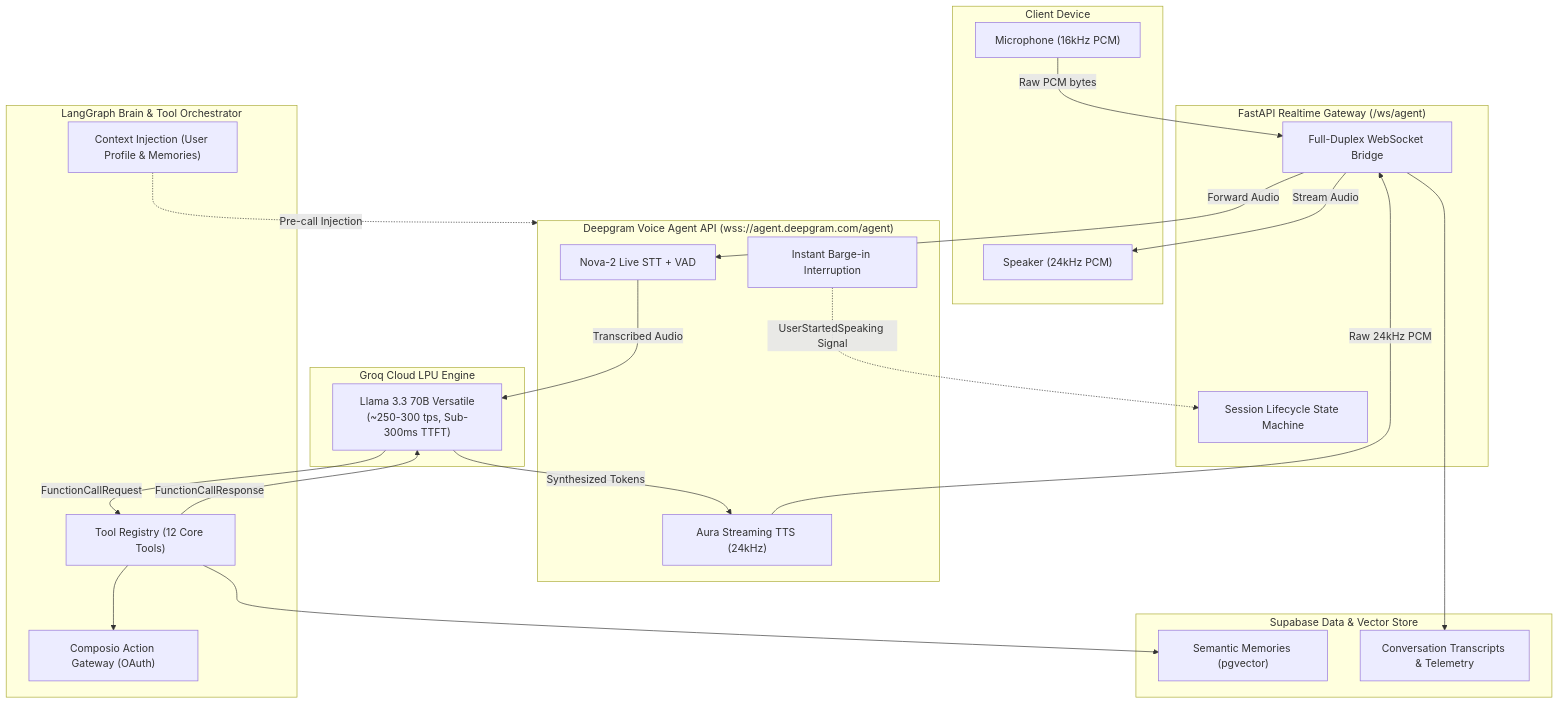
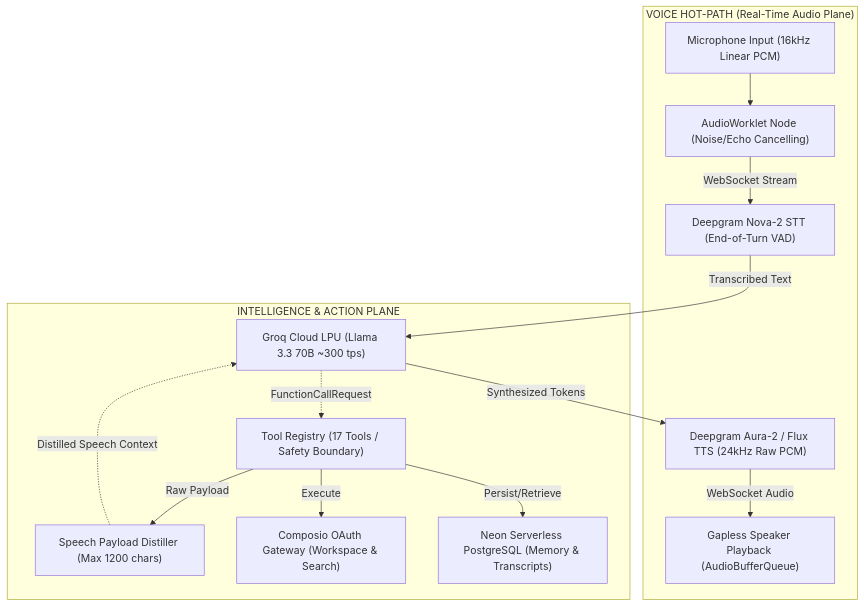
Before and after one commit to Courage-7/Voice-Agent: the first of 2 diagrams in README.md, drawn with Mermaid. The commit also changed other lines of this file and 36 other files, not shown here.

First line of the commit message:
test(core): add end-to-end and unit tests for auth, voice, and connectors

````diff
--- a/README.md
+++ b/README.md
@@ -18,49 +83,30 @@
 ```mermaid
-graph TD
-    subgraph Client ["Client Device"]
-        Mic["Microphone (16kHz PCM)"]
-        Speaker["Speaker (24kHz PCM)"]
+flowchart TB
+    subgraph HotPath ["VOICE HOT-PATH (Real-Time Audio Plane)"]
+        Mic["Microphone Input (16kHz Linear PCM)"]
+        AudioWorklet["AudioWorklet Node (Noise/Echo Cancelling)"]
+        DG_STT["Deepgram Nova-2 STT (End-of-Turn VAD)"]
+        DG_TTS["Deepgram Aura-2 / Flux TTS (24kHz Raw PCM)"]
+        Speaker["Gapless Speaker Playback (AudioBufferQueue)"]
     end
 
-    subgraph Gateway ["FastAPI Realtime Gateway (/ws/agent)"]
-        WS["Full-Duplex WebSocket Bridge"]
-        State["Session Lifecycle State Machine"]
+    subgraph ReasoningPlane ["INTELLIGENCE & ACTION PLANE"]
+        Groq["Groq Cloud LPU (Llama 3.3 70B ~300 tps)"]
+        Distiller["Speech Payload Distiller (Max 1200 chars)"]
+        Registry["Tool Registry (17 Tools / Safety Boundary)"]
+        Composio["Composio OAuth Gateway (Workspace & Search)"]
+        Neon["Neon Serverless PostgreSQL (Memory & Transcripts)"]
     end
 
-    subgraph Deepgram ["Deepgram Voice Agent API (wss://agent.deepgram.com/agent)"]
-        STT["Nova-2 Live STT + VAD"]
-        BargeIn["Instant Barge-in Interruption"]
-        TTS["Aura Streaming TTS (24kHz)"]
-    end
+    Mic --> AudioWorklet
+    AudioWorklet -->|WebSocket Stream| DG_STT
+    DG_STT -->|Transcribed Text| Groq
+    Groq -->|Synthesized Tokens| DG_TTS
+    DG_TTS -->|WebSocket Audio| Speaker
 
-    subgraph LLM ["Groq Cloud LPU Engine"]
-        Groq["Llama 3.3 70B Versatile<br/>(~250-300 tps, Sub-300ms TTFT)"]
-    end
-
-    subgraph Brain ["LangGraph Brain & Tool Orchestrator"]
-        Context["Context Injection (User Profile & Memories)"]
-        Registry["Tool Registry (12 Core Tools)"]
-        Composio["Composio Action Gateway (OAuth)"]
-    end
-
-    subgraph Memory ["Supabase Data & Vector Store"]
-        SupaMem["Semantic Memories (pgvector)"]
-        SupaConv["Conversation Transcripts & Telemetry"]
-    end
-
-    Mic -->|Raw PCM bytes| WS
-    WS -->|Forward Audio| STT
-    STT -->|Transcribed Audio| Groq
-    Groq -->|Synthesized Tokens| TTS
-    TTS -->|Raw 24kHz PCM| WS
-    WS -->|Stream Audio| Speaker
-
-    BargeIn -.->|UserStartedSpeaking Signal| State
-    Groq -->|FunctionCallRequest| Registry
-    Registry --> Composio
-    Registry --> SupaMem
-    Registry -->|FunctionCallResponse| Groq
-
-    WS --> SupaConv
-    Context -.->|Pre-call Injection| Deepgram
+    Groq -.->|FunctionCallRequest| Registry
+    Registry -->|Execute| Composio
+    Registry -->|Persist/Retrieve| Neon
+    Registry -->|Raw Payload| Distiller
+    Distiller -.->|Distilled Speech Context| Groq
 ```
````
